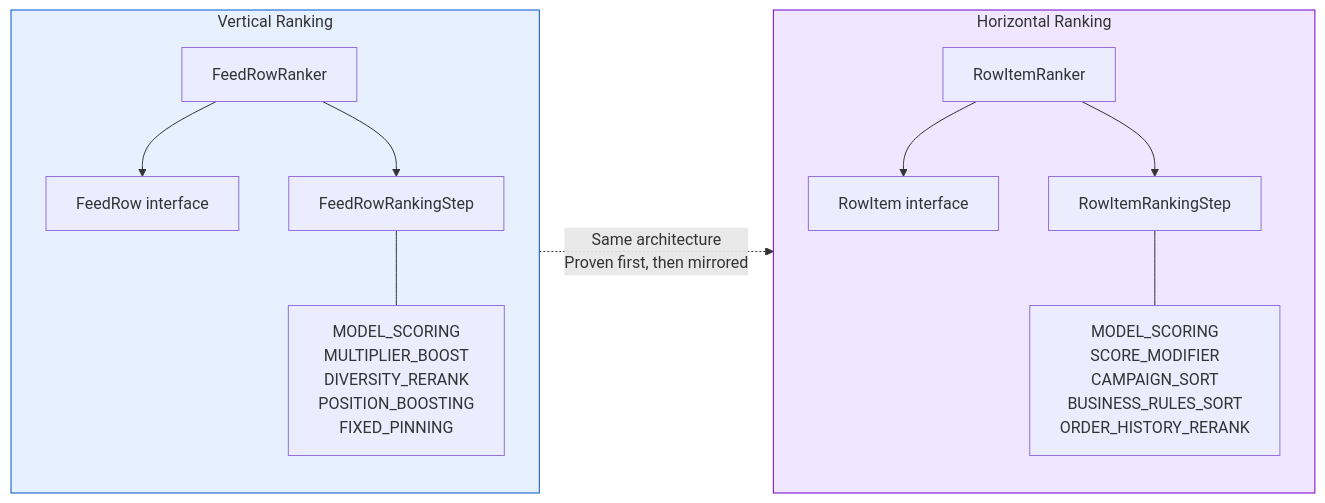
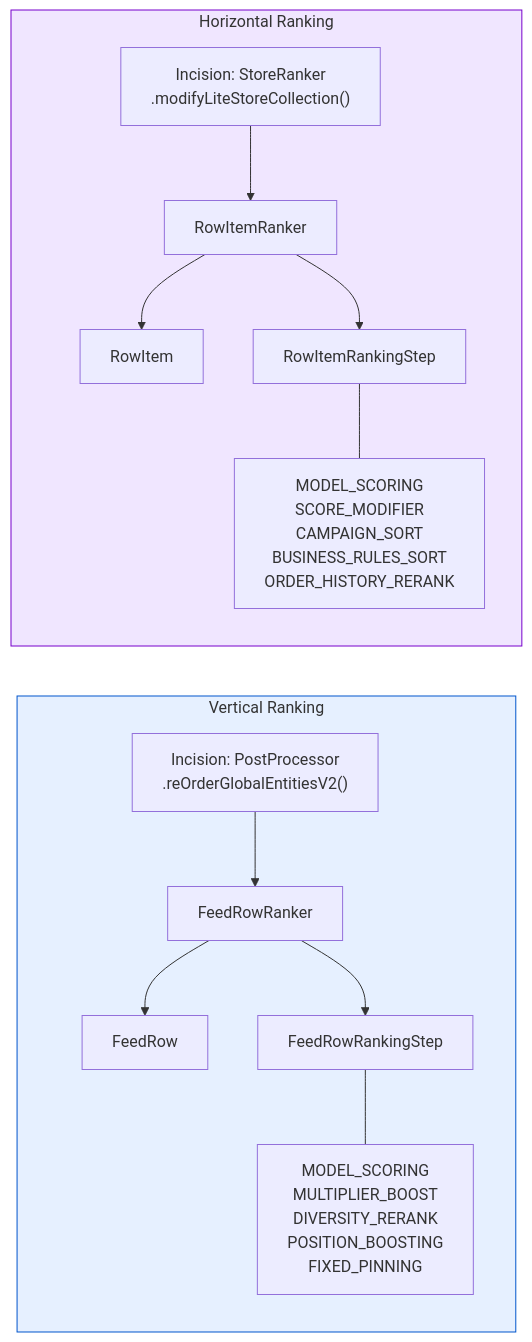
The fourth of 4 diagrams in unified-blending-platform/spec/rfc-abstraction-layer.md (daniel-fonyo/dd-brain), drawn with Mermaid before and after one commit. The commit also changed other lines of this file, not shown here.

First line of the commit message:
RFC v2: add horizontal interfaces, fix SLOs, contract stability, appendix

````diff
--- a/unified-blending-platform/spec/rfc-abstraction-layer.md
+++ b/unified-blending-platform/spec/rfc-abstraction-layer.md
@@ -497,40 +568,43 @@
 ```mermaid
 flowchart LR
     subgraph vertical["Vertical Ranking"]
         direction TB
-        V_IF["FeedRow interface"]
+        V_IF["FeedRow"]
         V_STEP["FeedRowRankingStep"]
         V_TYPES["MODEL_SCORING
         MULTIPLIER_BOOST
         DIVERSITY_RERANK
         POSITION_BOOSTING
         FIXED_PINNING"]
         V_ENG["FeedRowRanker"]
+        V_INC["Incision: PostProcessor
+        .reOrderGlobalEntitiesV2()"]
 
+        V_INC --> V_ENG
         V_ENG --> V_IF
         V_ENG --> V_STEP
         V_STEP --- V_TYPES
     end
 
     subgraph horizontal["Horizontal Ranking"]
         direction TB
-        H_IF["RowItem interface"]
+        H_IF["RowItem"]
         H_STEP["RowItemRankingStep"]
         H_TYPES["MODEL_SCORING
         SCORE_MODIFIER
         CAMPAIGN_SORT
         BUSINESS_RULES_SORT
         ORDER_HISTORY_RERANK"]
         H_ENG["RowItemRanker"]
+        H_INC["Incision: StoreRanker
+        .modifyLiteStoreCollection()"]
 
+        H_INC --> H_ENG
         H_ENG --> H_IF
         H_ENG --> H_STEP
         H_STEP --- H_TYPES
     end
 
-    vertical -.->|"Same architecture
-    Proven first, then mirrored"| horizontal
-
     style vertical fill:#e6f0ff,stroke:#0055cc
     style horizontal fill:#f0e6ff,stroke:#7700cc
 ```
````
